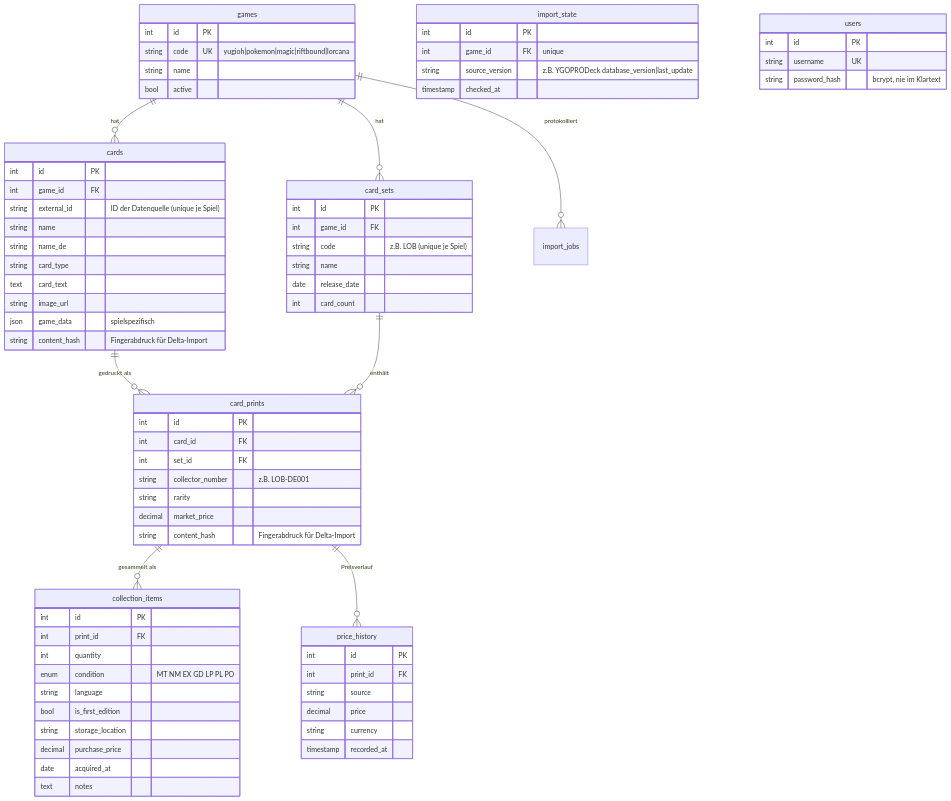
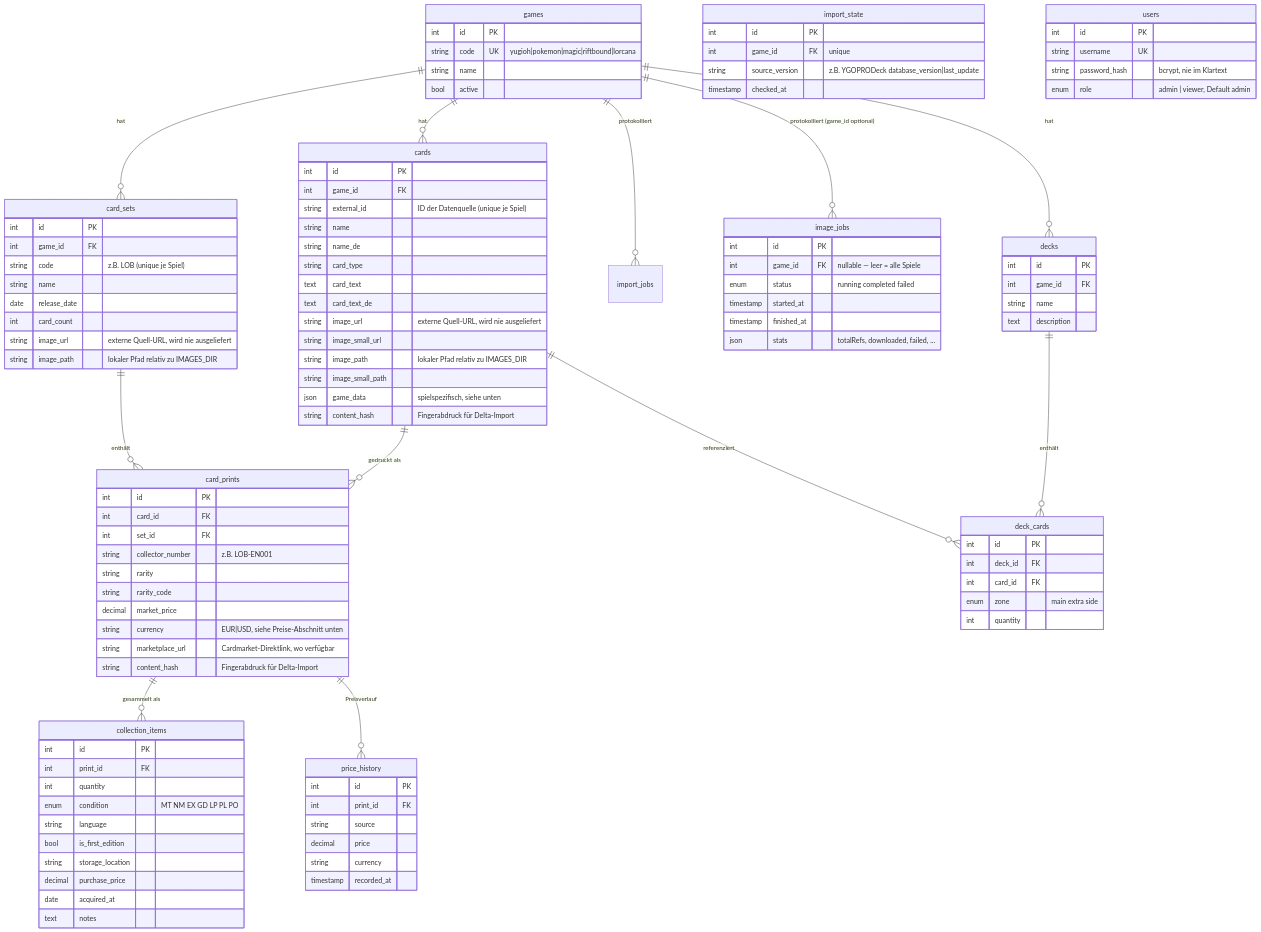
The diagram in docs/DATENBANK.md (ABSoSol-public/hobby_absosol_tcgmaster), drawn with Mermaid before and after one commit. The commit also changed other lines of this file and 53 other files, not shown here.

````diff
--- a/docs/DATENBANK.md
+++ b/docs/DATENBANK.md
@@ -22,10 +22,14 @@
     games ||--o{ card_sets : "hat"
     games ||--o{ cards : "hat"
     games ||--o{ import_jobs : "protokolliert"
+    games ||--o{ image_jobs : "protokolliert (game_id optional)"
+    games ||--o{ decks : "hat"
     cards ||--o{ card_prints : "gedruckt als"
     card_sets ||--o{ card_prints : "enthält"
     card_prints ||--o{ collection_items : "gesammelt als"
     card_prints ||--o{ price_history : "Preisverlauf"
+    decks ||--o{ deck_cards : "enthält"
+    cards ||--o{ deck_cards : "referenziert"
 
     games {
         int id PK
@@ -40,6 +44,8 @@
         string name
         date release_date
         int card_count
+        string image_url "externe Quell-URL, wird nie ausgeliefert"
+        string image_path "lokaler Pfad relativ zu IMAGES_DIR"
     }
     cards {
         int id PK
@@ -49,17 +55,24 @@
         string name_de
         string card_type
         text card_text
-        string image_url
-        json game_data "spielspezifisch"
+        text card_text_de
+        string image_url "externe Quell-URL, wird nie ausgeliefert"
+        string image_small_url
+        string image_path "lokaler Pfad relativ zu IMAGES_DIR"
+        string image_small_path
+        json game_data "spielspezifisch, siehe unten"
         string content_hash "Fingerabdruck für Delta-Import"
     }
     card_prints {
         int id PK
         int card_id FK
         int set_id FK
-        string collector_number "z.B. LOB-DE001"
+        string collector_number "z.B. LOB-EN001"
         string rarity
+        string rarity_code
         decimal market_price
+        string currency "EUR|USD, siehe Preise-Abschnitt unten"
+        string marketplace_url "Cardmarket-Direktlink, wo verfügbar"
         string content_hash "Fingerabdruck für Delta-Import"
     }
     collection_items {
@@ -88,9 +101,31 @@
         string source_version "z.B. YGOPRODeck database_version|last_update"
         timestamp checked_at
     }
+    image_jobs {
+        int id PK
+        int game_id FK "nullable — leer = alle Spiele"
+        enum status "running completed failed"
+        timestamp started_at
+        timestamp finished_at
+        json stats "totalRefs, downloaded, failed, ..."
+    }
+    decks {
+        int id PK
+        int game_id FK
+        string name
+        text description
+    }
+    deck_cards {
+        int id PK
+        int deck_id FK
+        int card_id FK
+        enum zone "main extra side"
+        int quantity
+    }
     users {
         int id PK
         string username UK
         string password_hash "bcrypt, nie im Klartext"
+        enum role "admin | viewer, Default admin"
     }
 ```
````
